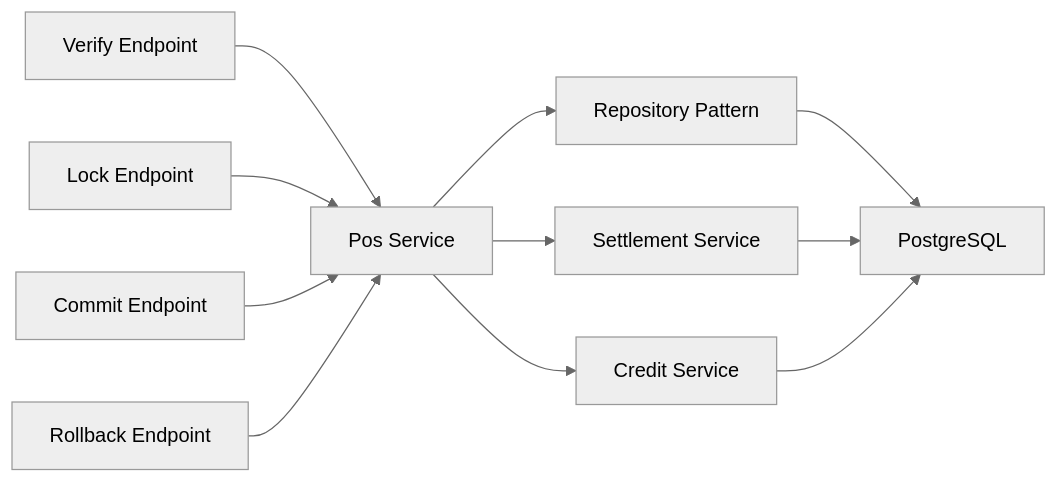
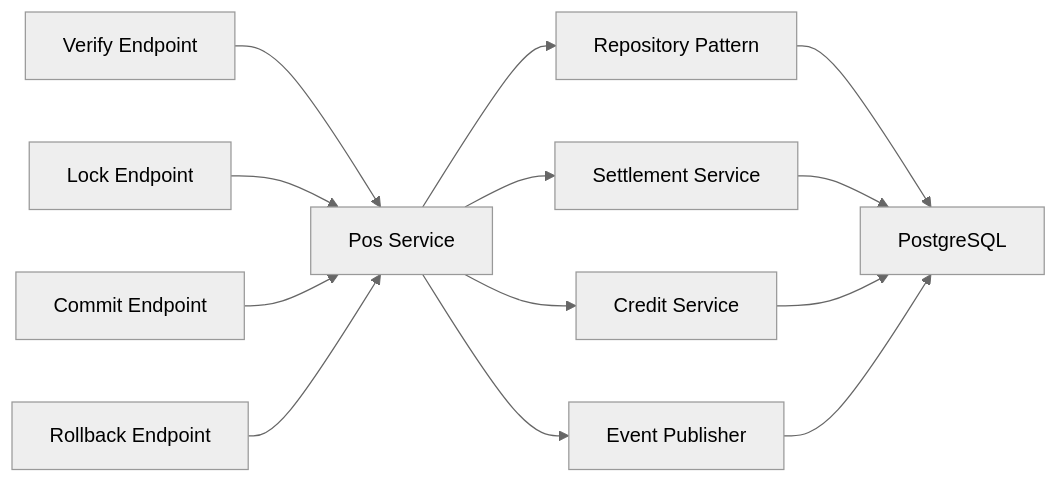
The fifth of 7 diagrams in .qoder/repowiki/en/content/API Contracts and Integration/POS Integration API/POS Integration API.md (lamhongbac/NonCash), drawn with Mermaid (neutral theme) before and after one commit. The commit also changed other lines of this file and 133 other files, not shown here.

````diff
--- a/.qoder/repowiki/en/content/API Contracts and Integration/POS Integration API/POS Integration API.md
+++ b/.qoder/repowiki/en/content/API Contracts and Integration/POS Integration API/POS Integration API.md
@@ -501,13 +612,15 @@
 ```mermaid
 graph LR
 VERIFY["Verify Endpoint"] --> POS_SVC["Pos Service"]
 LOCK["Lock Endpoint"] --> POS_SVC
 COMMIT["Commit Endpoint"] --> POS_SVC
 ROLLBACK["Rollback Endpoint"] --> POS_SVC
 POS_SVC --> REPO["Repository Pattern"]
 POS_SVC --> SETTLEMENT["Settlement Service"]
 POS_SVC --> CREDIT["Credit Service"]
+POS_SVC --> EVENTS["Event Publisher"]
 REPO --> DB["PostgreSQL"]
 SETTLEMENT --> DB
 CREDIT --> DB
+EVENTS --> DB
 ```
````
